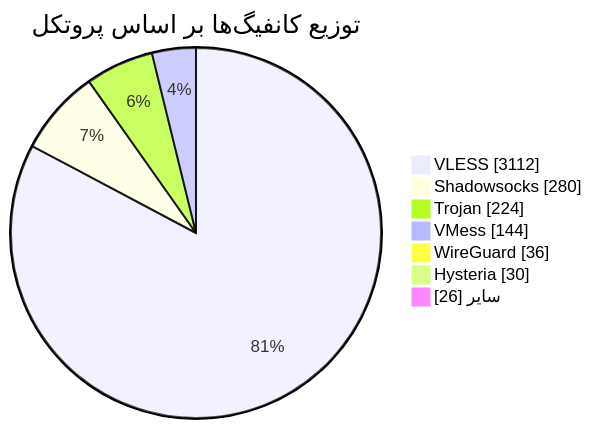
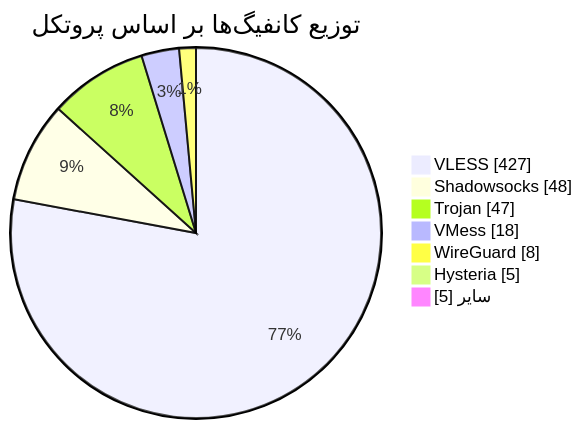
One commit to Arian-Alijani/Somthing changed the diagram in README.md. Above: the diagram before and after it, drawn with Mermaid. The commit also changed other lines of this file and 153 other files, not shown here.

````diff
--- a/README.md
+++ b/README.md
@@ -49,11 +49,11 @@
 ```mermaid
 pie showData
     title توزیع کانفیگ‌ها بر اساس پروتکل
-    "VLESS" : 3112
-    "Shadowsocks" : 280
-    "Trojan" : 224
-    "VMess" : 144
-    "WireGuard" : 36
-    "Hysteria" : 30
-    "سایر" : 26
+    "VLESS" : 427
+    "Shadowsocks" : 48
+    "Trojan" : 47
+    "VMess" : 18
+    "WireGuard" : 8
+    "Hysteria" : 5
+    "سایر" : 5
 ```
````
